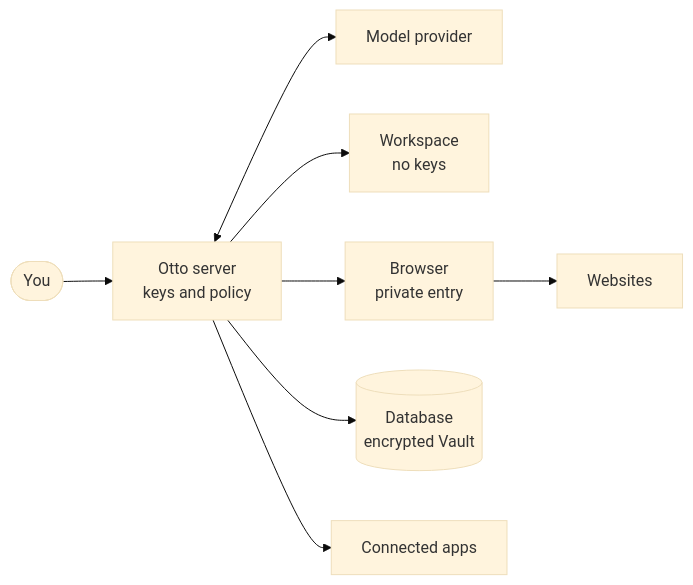
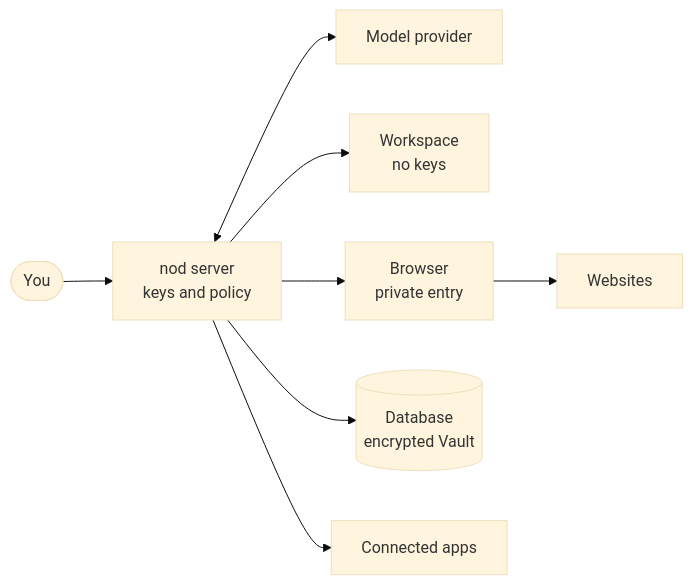
The diagram in docs/src/content/docs/trust/security-model.md (KrishBhimani/nod), drawn with Mermaid (base theme) before and after one commit. The commit also changed other lines of this file and 380 other files, not shown here.

Commit message:
feat!: rename Otto to nod (#398)

````diff
--- a/docs/src/content/docs/trust/security-model.md
+++ b/docs/src/content/docs/trust/security-model.md
@@ -23,10 +23,10 @@
 ```mermaid
 flowchart LR
-  you([You]):::accent --> server[Otto server<br/>keys and policy]:::accent
+  you([You]):::accent --> server[nod server<br/>keys and policy]:::accent
   server <--> model[Model provider]
   server --> sandbox[Workspace<br/>no keys]:::muted
   server --> browser[Browser<br/>private entry]
   server --> db[(Database<br/>encrypted Vault)]
   browser --> sites[Websites]
   server --> apps[Connected apps]
 ```
````
